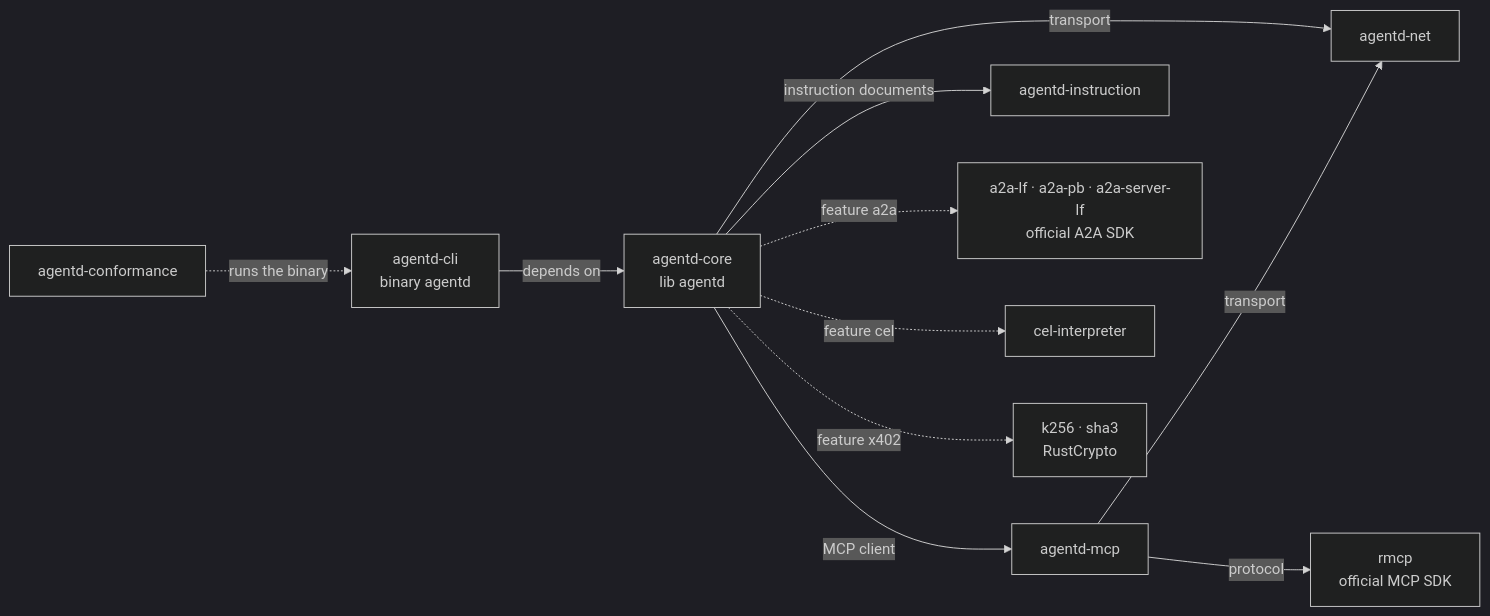
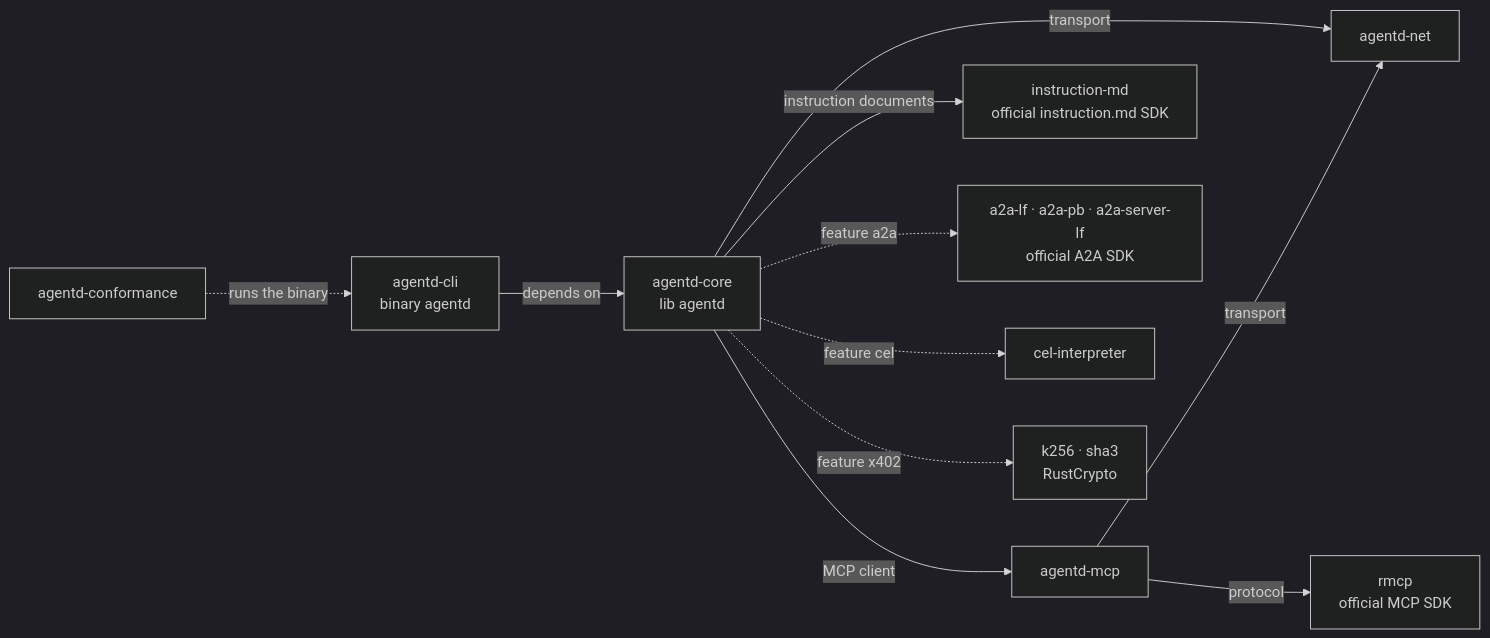
The diagram in docs/features.md (agentd-dev/source-code), drawn with Mermaid (dark theme) before and after one commit. The commit also changed other lines of this file and 30 other files, not shown here.

First line of the commit message:
docs: instruction documents are instruction/1, read by the instruction.md SDK

````diff
--- a/docs/features.md
+++ b/docs/features.md
@@ -189,13 +188,13 @@
 ```mermaid
 flowchart LR
   CLI["agentd-cli<br/>binary agentd"] -->|"depends on"| CORE["agentd-core<br/>lib agentd"]
   CORE -->|"MCP client"| MCP["agentd-mcp"]
   CORE -->|"transport"| NET["agentd-net"]
-  CORE -->|"instruction documents"| INS["agentd-instruction"]
+  CORE -->|"instruction documents"| INS["instruction-md<br/>official instruction.md SDK"]
   MCP -->|"transport"| NET
   MCP -->|"protocol"| RMCP["rmcp<br/>official MCP SDK"]
   CORE -.->|"feature a2a"| A2A["a2a-lf · a2a-pb · a2a-server-lf<br/>official A2A SDK"]
   CORE -.->|"feature cel"| CEL["cel-interpreter"]
   CORE -.->|"feature x402"| X402["k256 · sha3<br/>RustCrypto"]
   CONF["agentd-conformance"] -.->|"runs the binary"| CLI
 ```
````
